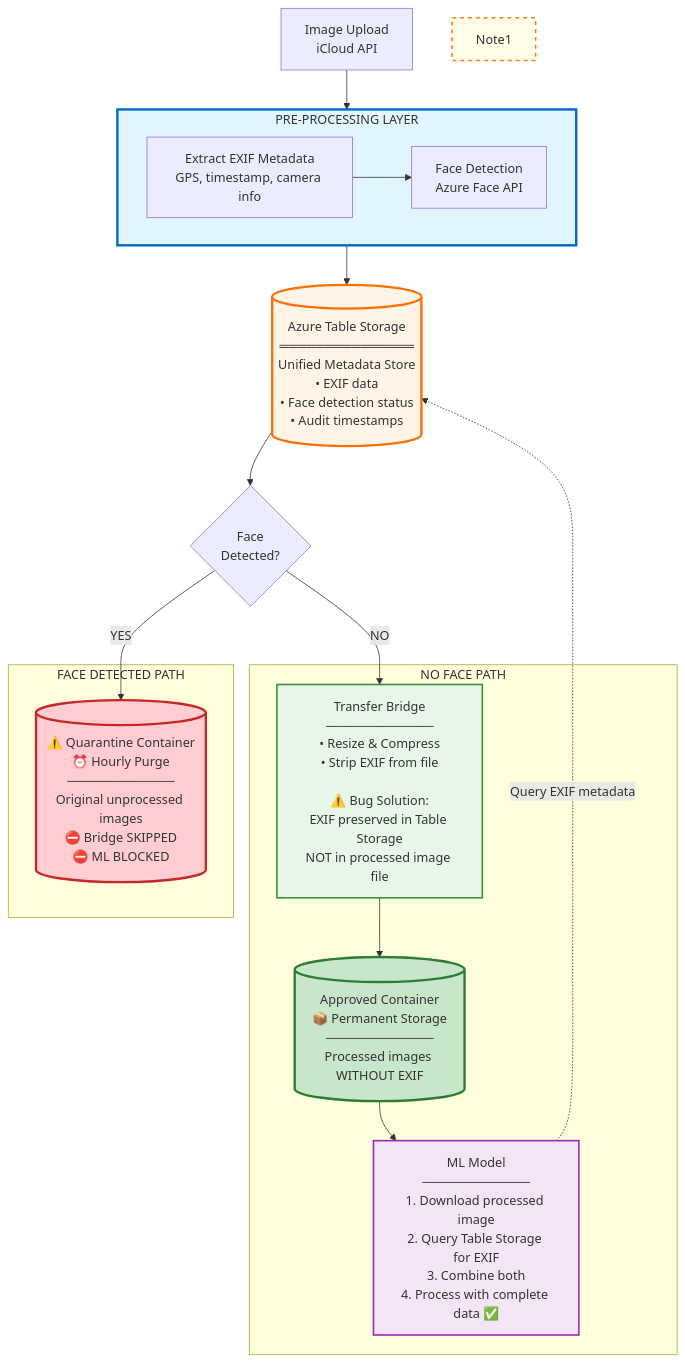
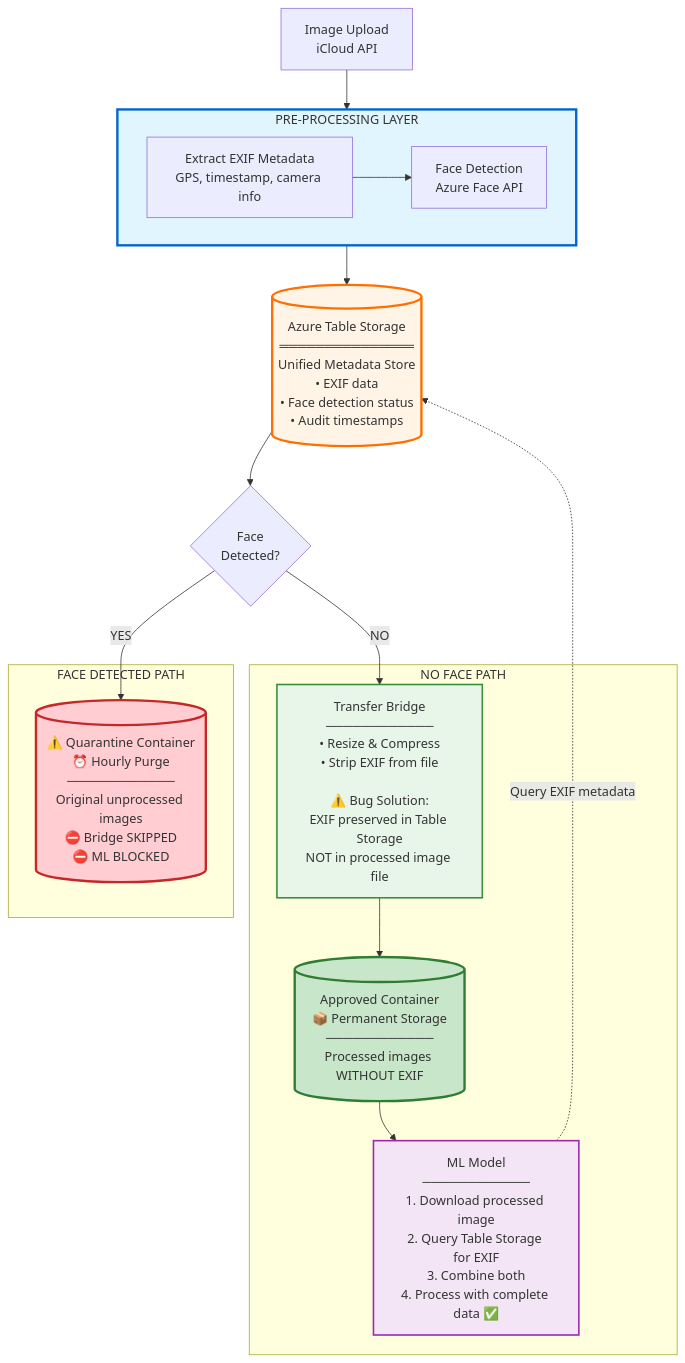
The diagram in 03. The-Privacy/Solution architecture.md (anandSgunti/cloud), drawn with Mermaid before and after one commit.

Commit message:
Update Solution architecture.md

````diff
--- a/03. The-Privacy/Solution architecture.md
+++ b/03. The-Privacy/Solution architecture.md
@@ -17,44 +17,43 @@
 ```mermaid
 flowchart TD
     Start[Image Upload<br/>iCloud API]
     
     subgraph PreProcess[PRE-PROCESSING LAYER]
         ExtractEXIF[Extract EXIF Metadata<br/>GPS, timestamp, camera info]
         FaceDetect[Face Detection<br/>Azure Face API]
         ExtractEXIF --> FaceDetect
     end
     
     TableStorage[(Azure Table Storage<br/>═══════════════<br/>Unified Metadata Store<br/>• EXIF data<br/>• Face detection status<br/>• Audit timestamps)]
     
     Decision{Face<br/>Detected?}
     
     subgraph NoFace[NO FACE PATH]
         Bridge[Transfer Bridge<br/>────────────<br/>• Resize & Compress<br/>• Strip EXIF from file<br/><br/>⚠️ Bug Solution:<br/>EXIF preserved in Table Storage<br/>NOT in processed image file]
         Approved[(Approved Container<br/>📦 Permanent Storage<br/>────────────<br/>Processed images WITHOUT EXIF)]
         ML[ML Model<br/>────────────<br/>1. Download processed image<br/>2. Query Table Storage for EXIF<br/>3. Combine both<br/>4. Process with complete data ✅]
     end
     
     subgraph FacePath[FACE DETECTED PATH]
         Quarantine[(⚠️ Quarantine Container<br/>⏰ Hourly Purge<br/>────────────<br/>Original unprocessed images<br/>⛔ Bridge SKIPPED<br/>⛔ ML BLOCKED)]
     end
     
     Start --> PreProcess
     PreProcess --> TableStorage
     TableStorage --> Decision
     
     Decision -->|NO| Bridge
     Bridge --> Approved
     Approved --> ML
     ML -.Query EXIF metadata.-> TableStorage
     
     Decision -->|YES| Quarantine
     
     
     style PreProcess fill:#e1f5ff,stroke:#0066cc,stroke-width:3px
     style TableStorage fill:#fff4e6,stroke:#ff6f00,stroke-width:3px
     style Bridge fill:#e8f5e9,stroke:#388e3c,stroke-width:2px
     style Approved fill:#c8e6c9,stroke:#2e7d32,stroke-width:3px
     style ML fill:#f3e5f5,stroke:#9c27b0,stroke-width:2px
     style Quarantine fill:#ffcdd2,stroke:#c62828,stroke-width:3px
-    style Note1 fill:#fffde7,stroke:#f57f17,stroke-width:2px,stroke-dasharray: 5 5
 ```
````
